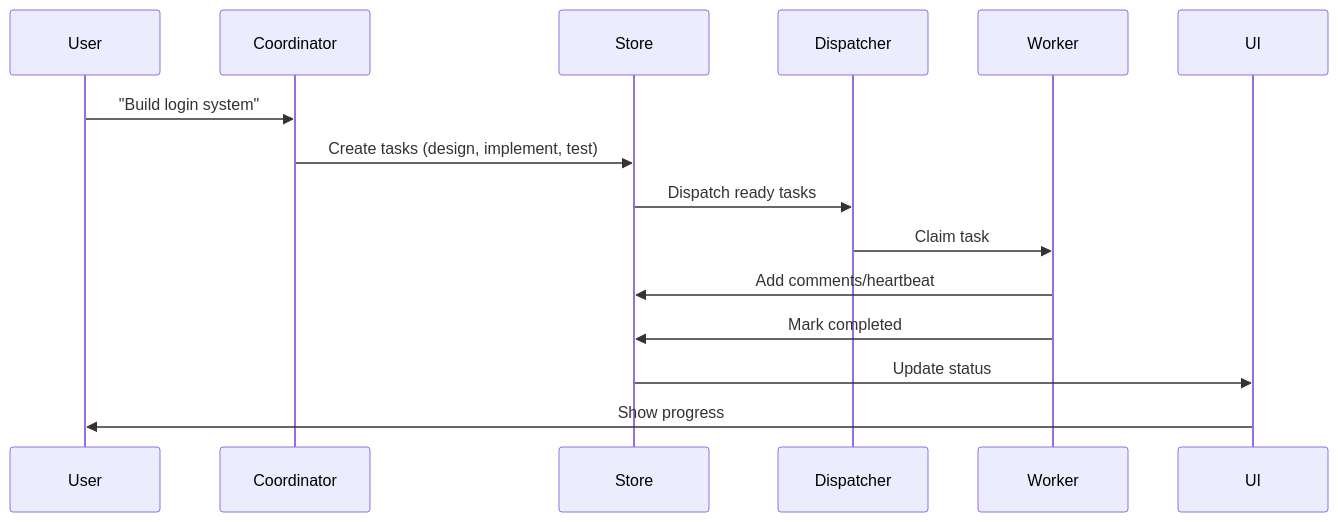
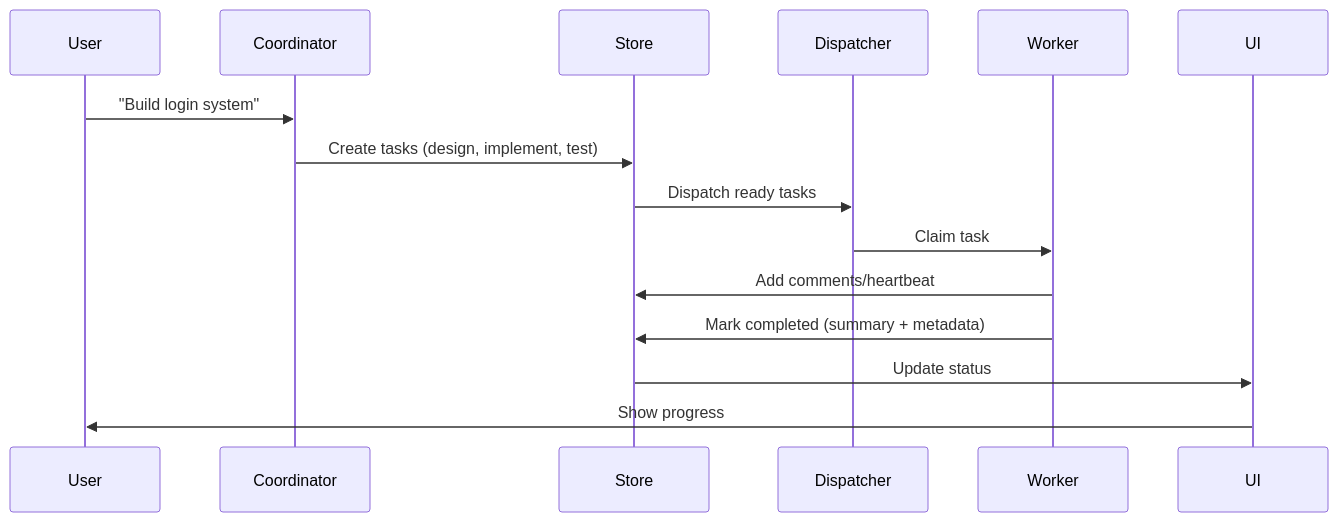
One commit to MervinPraison/PraisonAIDocs changed the second of 8 diagrams in docs/features/kanban.mdx. Above: the diagram before and after it, drawn with Mermaid. The commit also changed other lines of this file and 1 other file, not shown here.

````diff
--- a/docs/features/kanban.mdx
+++ b/docs/features/kanban.mdx
@@ -66,18 +60,18 @@
 ```mermaid
 sequenceDiagram
     participant User
     participant Coordinator
     participant Store
     participant Dispatcher
     participant Worker
     participant UI
     
     User->>Coordinator: "Build login system"
     Coordinator->>Store: Create tasks (design, implement, test)
     Store->>Dispatcher: Dispatch ready tasks
     Dispatcher->>Worker: Claim task
     Worker->>Store: Add comments/heartbeat
-    Worker->>Store: Mark completed
+    Worker->>Store: Mark completed (summary + metadata)
     Store->>UI: Update status
     UI->>User: Show progress
 ```
````
